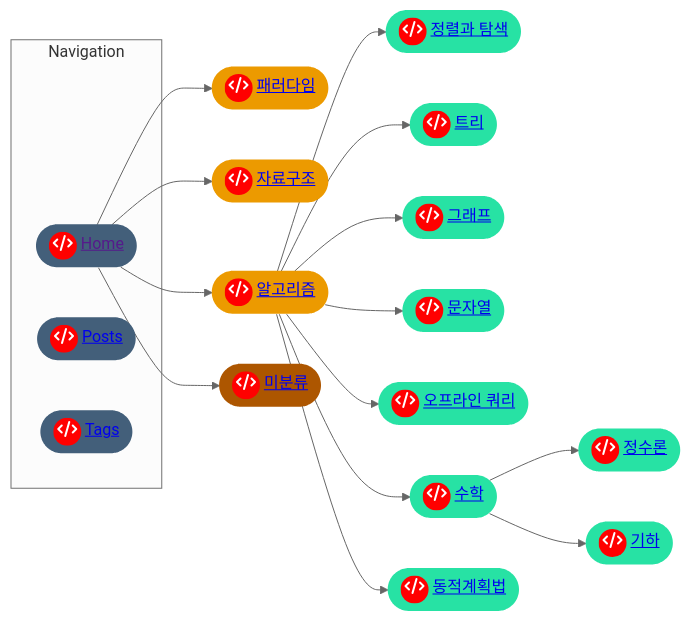
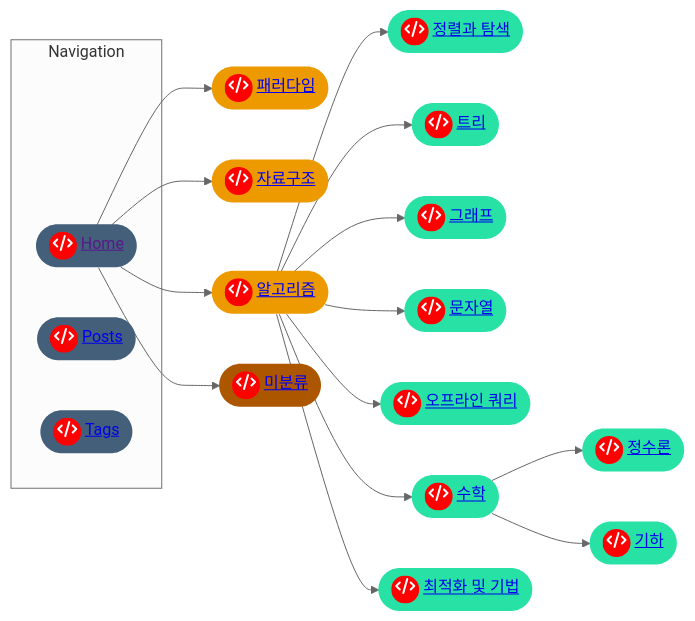
One commit to CHOYUNSIG/algorithm_with_boj changed the first of 14 diagrams in index.md. Above: the diagram before and after it, drawn with Mermaid (neutral theme). The commit also changed other lines of this file and 1 other file, not shown here.

```diff
--- a/index.md
+++ b/index.md
@@ -16,45 +16,45 @@
     <pre class="mermaid" style="max-width: 70%">
         graph LR
 
         home --> paradigm
         home --> data_structure
         home --> algorithm
         home --> none
         algorithm --> sorting_search
         algorithm --> trees
         algorithm --> graphs
         algorithm --> strings
         algorithm --> offline_query
         algorithm --> math
-        algorithm --> dp
+        algorithm --> optimization
         math --> number_theory
         math --> geometry
 
         subgraph Navigation
             home
             posts
             tags
         end
 
         home(["<span style="background-color: red; border-radius: 50%; display:inline-block; width:28px; height:28px">fa:fa-code</span> <a href="">Home</a>"]):::tier1
         posts(["<span style="background-color: red; border-radius: 50%; display:inline-block; width:28px; height:28px">fa:fa-code</span> <a href="archives.html">Posts</a>"]):::tier1
         tags(["<span style="background-color: red; border-radius: 50%; display:inline-block; width:28px; height:28px">fa:fa-code</span> <a href="tags.html">Tags</a>"]):::tier1
         paradigm(["<span style="background-color: red; border-radius: 50%; display:inline-block; width:28px; height:28px">fa:fa-code</span> <a href="#h-1-패러다임">패러다임</a>"]):::tier2
         data_structure(["<span style="background-color: red; border-radius: 50%; display:inline-block; width:28px; height:28px">fa:fa-code</span> <a href="#h-2-자료구조">자료구조</a>"]):::tier2
         algorithm(["<span style="background-color: red; border-radius: 50%; display:inline-block; width:28px; height:28px">fa:fa-code</span> <a href="#h-3-알고리즘">알고리즘</a>"]):::tier2
         sorting_search(["<span style="background-color: red; border-radius: 50%; display:inline-block; width:28px; height:28px">fa:fa-code</span> <a href="#h-3-1-정렬과-검색">정렬과 탐색</a>"]):::tier3
         trees(["<span style="background-color: red; border-radius: 50%; display:inline-block; width:28px; height:28px">fa:fa-code</span> <a href="#h-3-2-트리">트리</a>"]):::tier3
         graphs(["<span style="background-color: red; border-radius: 50%; display:inline-block; width:28px; height:28px">fa:fa-code</span> <a href="#h-3-3-그래프">그래프</a>"]):::tier3
         strings(["<span style="background-color: red; border-radius: 50%; display:inline-block; width:28px; height:28px">fa:fa-code</span> <a href="#h-3-4-문자열">문자열</a>"]):::tier3
         offline_query(["<span style="background-color: red; border-radius: 50%; display:inline-block; width:28px; height:28px">fa:fa-code</span> <a href="#h-3-5-오프라인-쿼리">오프라인 쿼리</a>"]):::tier3
         math(["<span style="background-color: red; border-radius: 50%; display:inline-block; width:28px; height:28px">fa:fa-code</span> <a href="#h-3-6-수학">수학</a>"]):::tier3
-        dp(["<span style="background-color: red; border-radius: 50%; display:inline-block; width:28px; height:28px">fa:fa-code</span> <a href="#h-3-7-동적계획법">동적계획법</a>"]):::tier3
+        optimization(["<span style="background-color: red; border-radius: 50%; display:inline-block; width:28px; height:28px">fa:fa-code</span> <a href="#h-3-7-최적화-및-기법">최적화 및 기법</a>"]):::tier3
         number_theory(["<span style="background-color: red; border-radius: 50%; display:inline-block; width:28px; height:28px">fa:fa-code</span> <a href="#h-3-6-1-정수론">정수론</a>"]):::tier3
         geometry(["<span style="background-color: red; border-radius: 50%; display:inline-block; width:28px; height:28px">fa:fa-code</span> <a href="#h-3-6-2-기하">기하</a>"]):::tier3
         none(["<span style="background-color: red; border-radius: 50%; display:inline-block; width:28px; height:28px">fa:fa-code</span> <a href="#h-a-미분류">미분류</a>"]):::tier0
 
         classDef tier0 fill:#ad5600, color:#fff, stroke:#0000
         classDef tier1 fill:#435f7a, color:#fff, stroke:#0000
         classDef tier2 fill:#ec9a00, color:#fff, stroke:#0000
         classDef tier3 fill:#27e2a4, color:#fff, stroke:#0000
     </pre>
```
